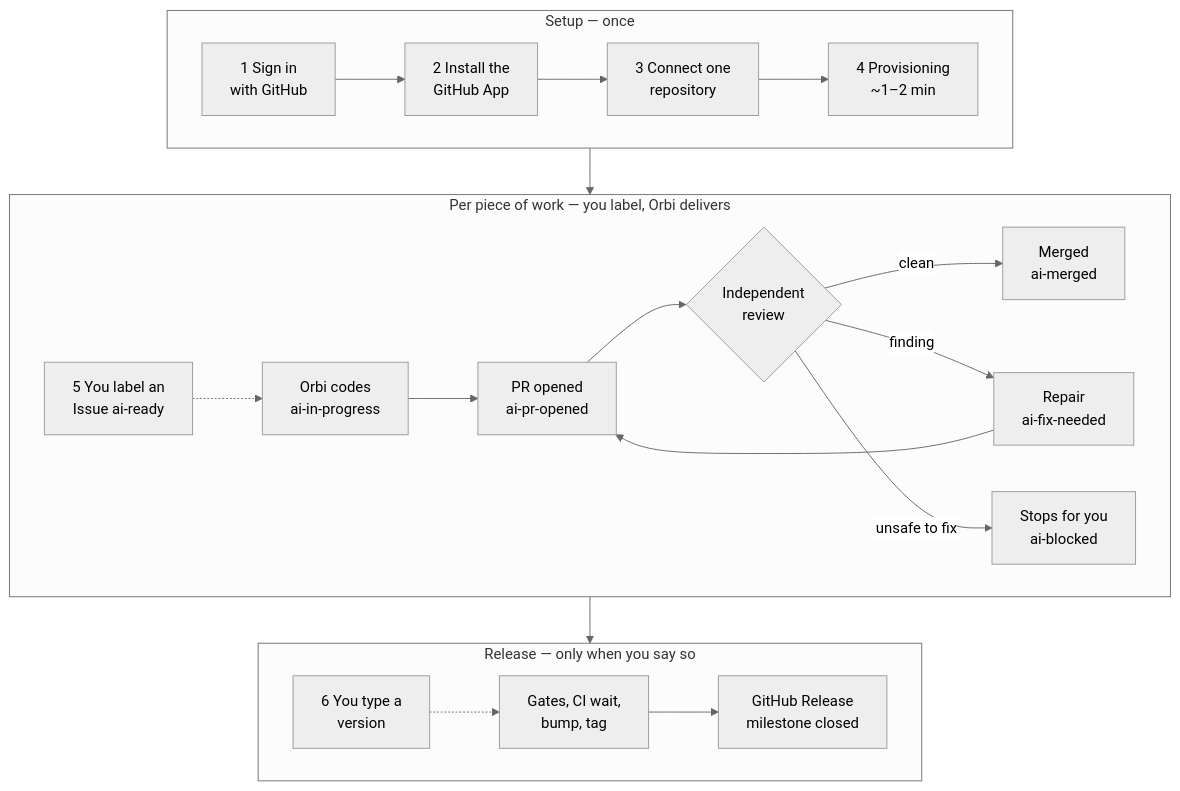
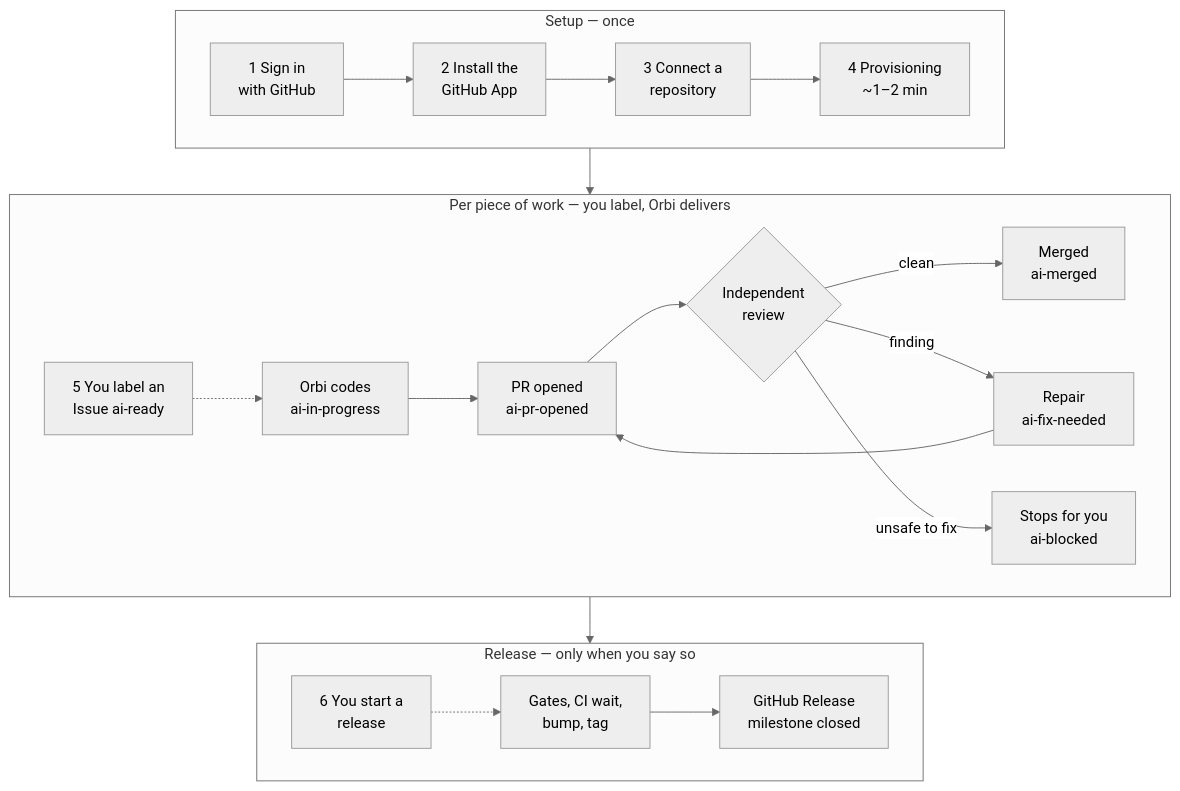
One commit to orbi-build/orbi-cloud-docs changed the first of 2 diagrams in index.mdx. Above: the diagram before and after it, drawn with Mermaid (neutral theme). The commit also changed other lines of this file and 64 other files, not shown here.

````diff
--- a/index.mdx
+++ b/index.mdx
@@ -18,22 +18,22 @@
 ```mermaid
 flowchart TD
   subgraph setup["Setup — once"]
     direction LR
-    s1["1 Sign in<br/>with GitHub"] --> s2["2 Install the<br/>GitHub App"] --> s3["3 Connect one<br/>repository"] --> s4["4 Provisioning<br/>~1–2 min"]
+    s1["1 Sign in<br/>with GitHub"] --> s2["2 Install the<br/>GitHub App"] --> s3["3 Connect a<br/>repository"] --> s4["4 Provisioning<br/>~1–2 min"]
   end
 
   subgraph work["Per piece of work — you label, Orbi delivers"]
     direction LR
     w1["5 You label an<br/>Issue ai-ready"] -.-> w2["Orbi codes<br/>ai-in-progress"] --> w3["PR opened<br/>ai-pr-opened"] --> w4{"Independent<br/>review"}
     w4 -->|clean| w5["Merged<br/>ai-merged"]
     w4 -->|finding| w6["Repair<br/>ai-fix-needed"] --> w3
     w4 -->|unsafe to fix| w7["Stops for you<br/>ai-blocked"]
   end
 
   subgraph rel["Release — only when you say so"]
     direction LR
-    r1["6 You type a<br/>version"] -.-> r2["Gates, CI wait,<br/>bump, tag"] --> r3["GitHub Release<br/>milestone closed"]
+    r1["6 You start a<br/>release"] -.-> r2["Gates, CI wait,<br/>bump, tag"] --> r3["GitHub Release<br/>milestone closed"]
   end
 
   setup --> work --> rel
 ```
````
